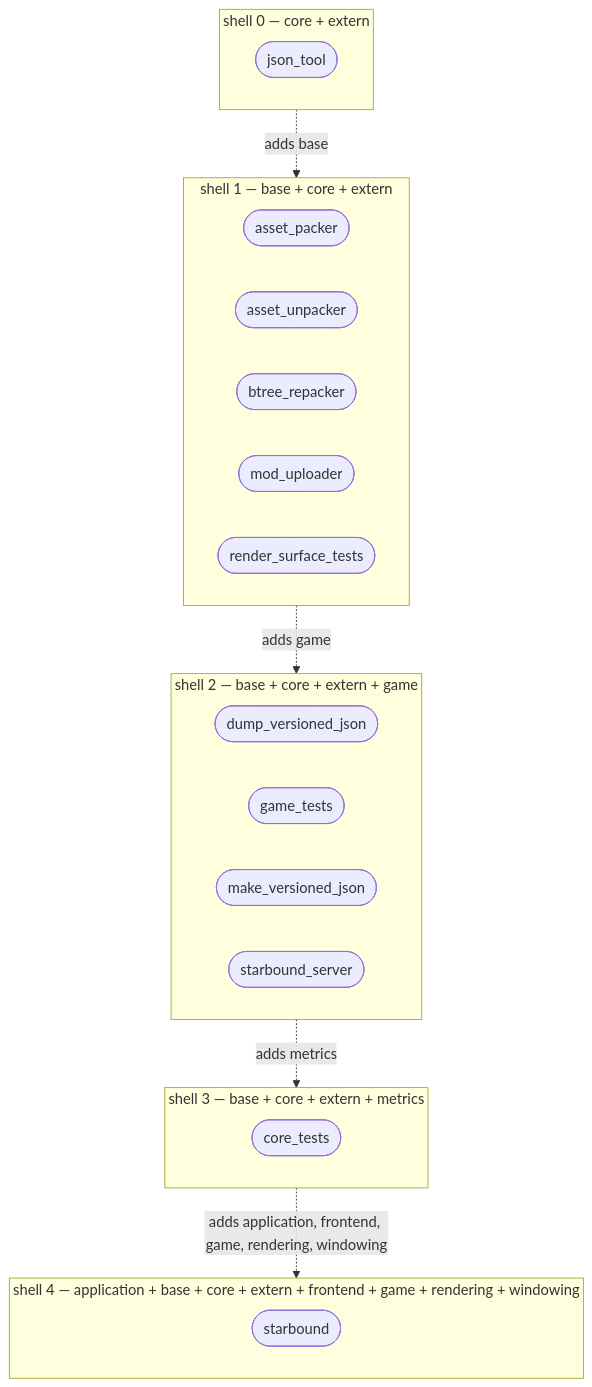
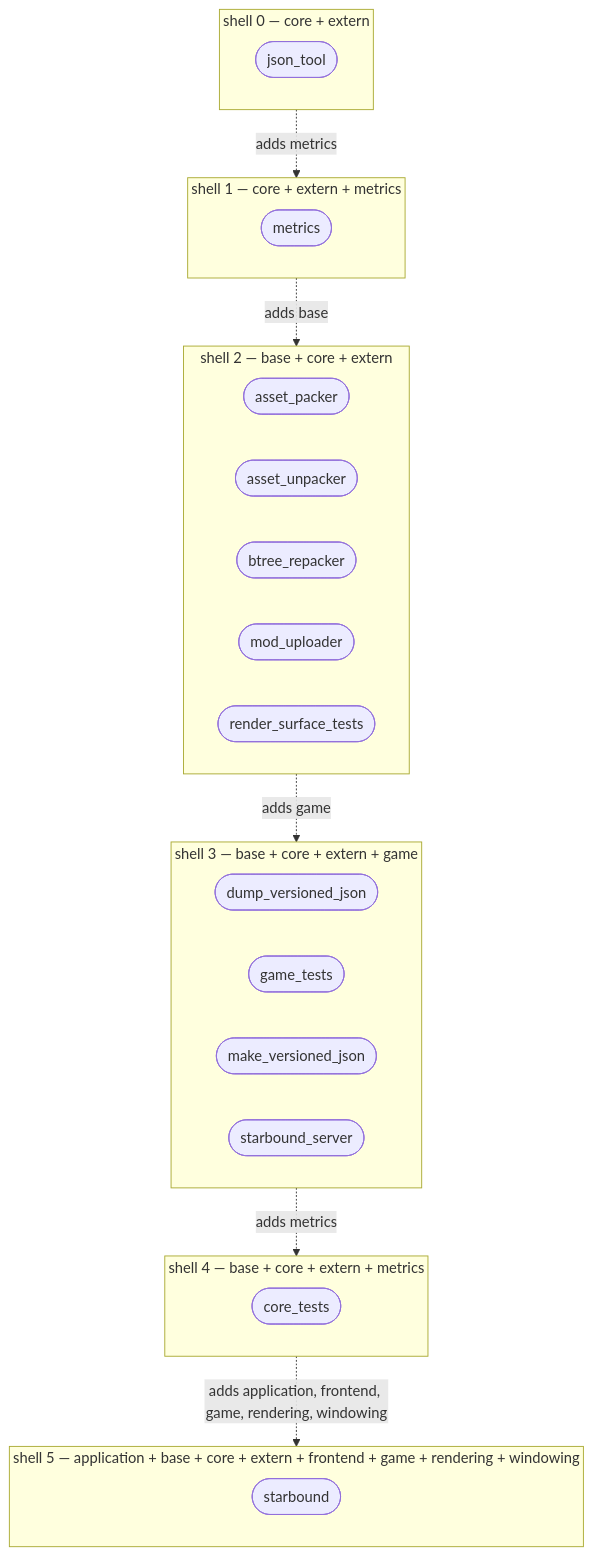
One commit to apnex/OpenStarbound changed the fourth of 11 diagrams in docs/architecture/system-boundaries.md. Above: the diagram before and after it, drawn with Mermaid. The commit also changed other lines of this file and 2 other files, not shown here.

First line of the commit message:
GM-1 Task 7: the metrics CLI -- measures a process from outside it

````diff
--- a/docs/architecture/system-boundaries.md
+++ b/docs/architecture/system-boundaries.md
@@ -347,34 +347,39 @@
 ```mermaid
 flowchart TD
   subgraph S0["shell 0 — core + extern"]
     direction LR
     json_tool(["json_tool"])
   end
-  subgraph S1["shell 1 — base + core + extern"]
+  subgraph S1["shell 1 — core + extern + metrics"]
+    direction LR
+    metrics(["metrics"])
+  end
+  S0 -.->|adds metrics| S1
+  subgraph S2["shell 2 — base + core + extern"]
     direction LR
     asset_packer(["asset_packer"])
     asset_unpacker(["asset_unpacker"])
     btree_repacker(["btree_repacker"])
     mod_uploader(["mod_uploader"])
     render_surface_tests(["render_surface_tests"])
   end
-  S0 -.->|adds base| S1
-  subgraph S2["shell 2 — base + core + extern + game"]
+  S1 -.->|adds base| S2
+  subgraph S3["shell 3 — base + core + extern + game"]
     direction LR
     dump_versioned_json(["dump_versioned_json"])
     game_tests(["game_tests"])
     make_versioned_json(["make_versioned_json"])
     starbound_server(["starbound_server"])
   end
-  S1 -.->|adds game| S2
-  subgraph S3["shell 3 — base + core + extern + metrics"]
+  S2 -.->|adds game| S3
+  subgraph S4["shell 4 — base + core + extern + metrics"]
     direction LR
     core_tests(["core_tests"])
   end
-  S2 -.->|adds metrics| S3
-  subgraph S4["shell 4 — application + base + core + extern + frontend + game + rendering + windowing"]
+  S3 -.->|adds metrics| S4
+  subgraph S5["shell 5 — application + base + core + extern + frontend + game + rendering + windowing"]
     direction LR
     starbound(["starbound"])
   end
-  S3 -.->|adds application, frontend, game, rendering, windowing| S4
+  S4 -.->|adds application, frontend, game, rendering, windowing| S5
 ```
````
